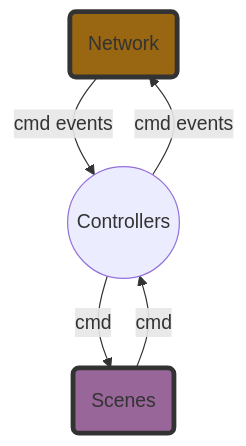
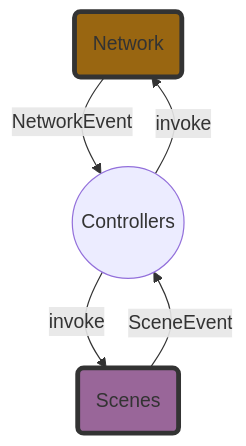
The diagram in README.md (jo-jordan/go-holdem), drawn with Mermaid before and after one commit. The commit also changed 2 other files, not shown here.

Commit message:
Update event diagram in README

````diff
--- a/README.md
+++ b/README.md
@@ -7,10 +7,10 @@
 ```mermaid
 graph TB
-    Network(Network) -- cmd events --> Controller((Controllers))
-    Controller -- cmd --> Scene(Scenes)
-    Scene -- cmd --> Controller
-    Controller --cmd events --> Network
+    Network(Network) -- NetworkEvent --> Controller((Controllers))
+    Controller -- invoke --> Scene(Scenes)
+    Scene -- SceneEvent --> Controller
+    Controller -- invoke --> Network
 
     style Network fill:#961,stroke:#333,stroke-width:4px
     style Scene fill:#969,stroke:#333,stroke-width:4px
 ```
````
